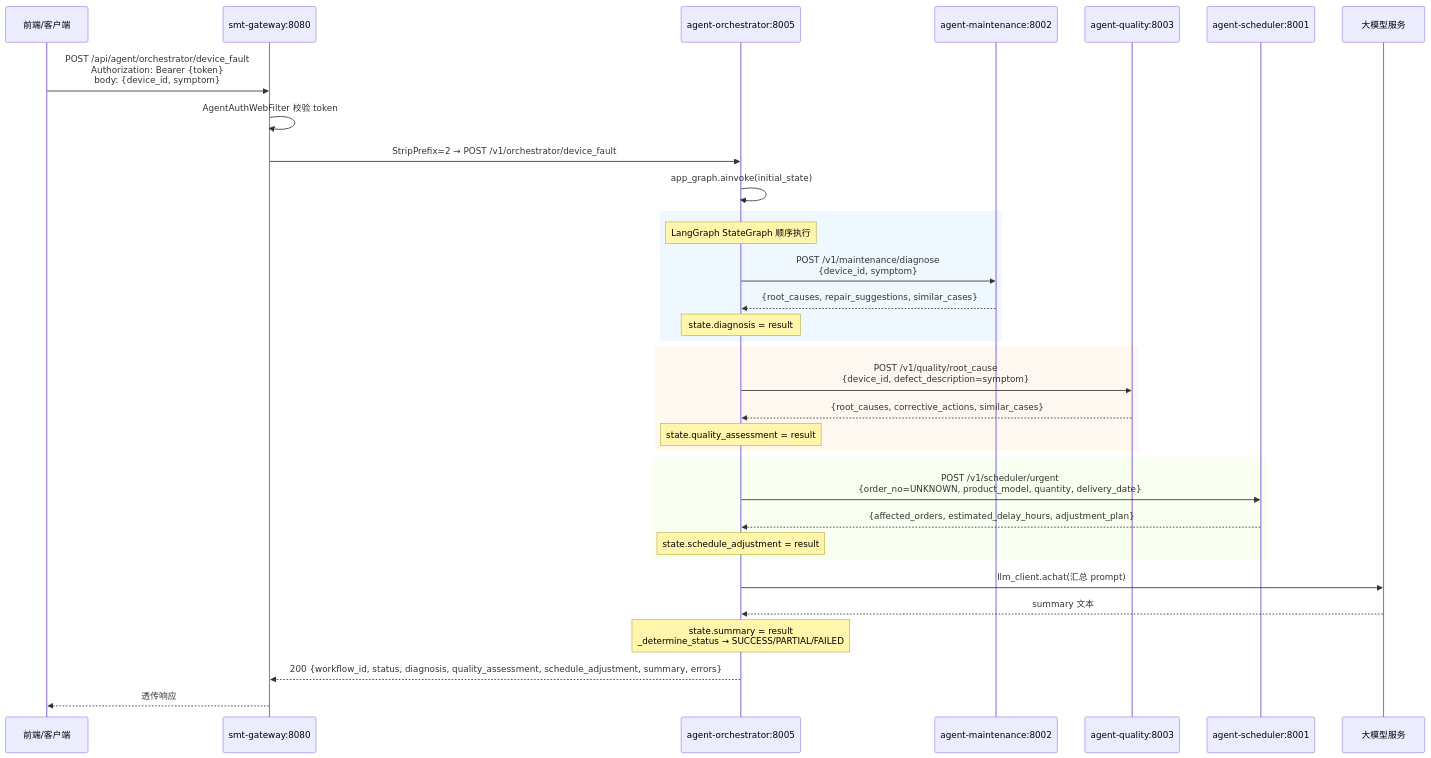
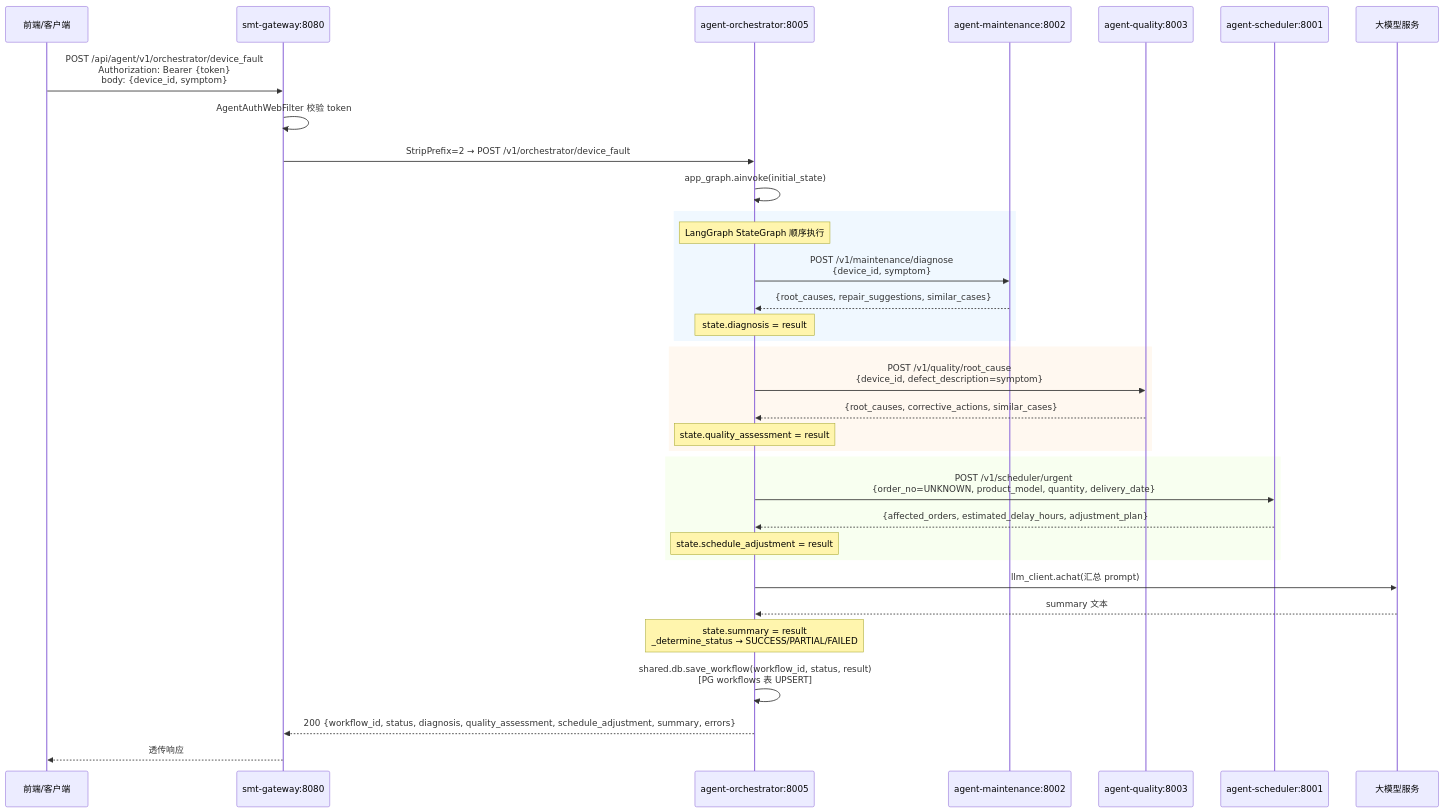
The second of 7 diagrams in docs/explaination/project-explanation-phase3.md (north30-dev/smt-agent-platform), drawn with Mermaid before and after one commit. The commit also changed other lines of this file and 46 other files, not shown here.

````diff
--- a/docs/explaination/project-explanation-phase3.md
+++ b/docs/explaination/project-explanation-phase3.md
@@ -258,40 +258,41 @@
 ```mermaid
 sequenceDiagram
     participant FE as 前端/客户端
     participant GW as smt-gateway:8080
     participant AO as agent-orchestrator:8005
     participant AM as agent-maintenance:8002
     participant AQ as agent-quality:8003
     participant AS as agent-scheduler:8001
     participant LLM as 大模型服务
 
-    FE->>GW: POST /api/agent/orchestrator/device_fault<br/>Authorization: Bearer {token}<br/>body: {device_id, symptom}
+    FE->>GW: POST /api/agent/v1/orchestrator/device_fault<br/>Authorization: Bearer {token}<br/>body: {device_id, symptom}
     GW->>GW: AgentAuthWebFilter 校验 token
     GW->>AO: StripPrefix=2 → POST /v1/orchestrator/device_fault
     AO->>AO: app_graph.ainvoke(initial_state)
     
     rect rgb(240, 248, 255)
         Note over AO: LangGraph StateGraph 顺序执行
         AO->>AM: POST /v1/maintenance/diagnose<br/>{device_id, symptom}
         AM-->>AO: {root_causes, repair_suggestions, similar_cases}
         Note over AO: state.diagnosis = result
     end
     
     rect rgb(255, 248, 240)
         AO->>AQ: POST /v1/quality/root_cause<br/>{device_id, defect_description=symptom}
         AQ-->>AO: {root_causes, corrective_actions, similar_cases}
         Note over AO: state.quality_assessment = result
     end
     
     rect rgb(248, 255, 240)
         AO->>AS: POST /v1/scheduler/urgent<br/>{order_no=UNKNOWN, product_model, quantity, delivery_date}
         AS-->>AO: {affected_orders, estimated_delay_hours, adjustment_plan}
         Note over AO: state.schedule_adjustment = result
     end
     
     AO->>LLM: llm_client.achat(汇总 prompt)
     LLM-->>AO: summary 文本
     Note over AO: state.summary = result<br/>_determine_status → SUCCESS/PARTIAL/FAILED
+    AO->>AO: shared.db.save_workflow(workflow_id, status, result)<br/>[PG workflows 表 UPSERT]
     AO-->>GW: 200 {workflow_id, status, diagnosis, quality_assessment, schedule_adjustment, summary, errors}
     GW-->>FE: 透传响应
 ```
````
